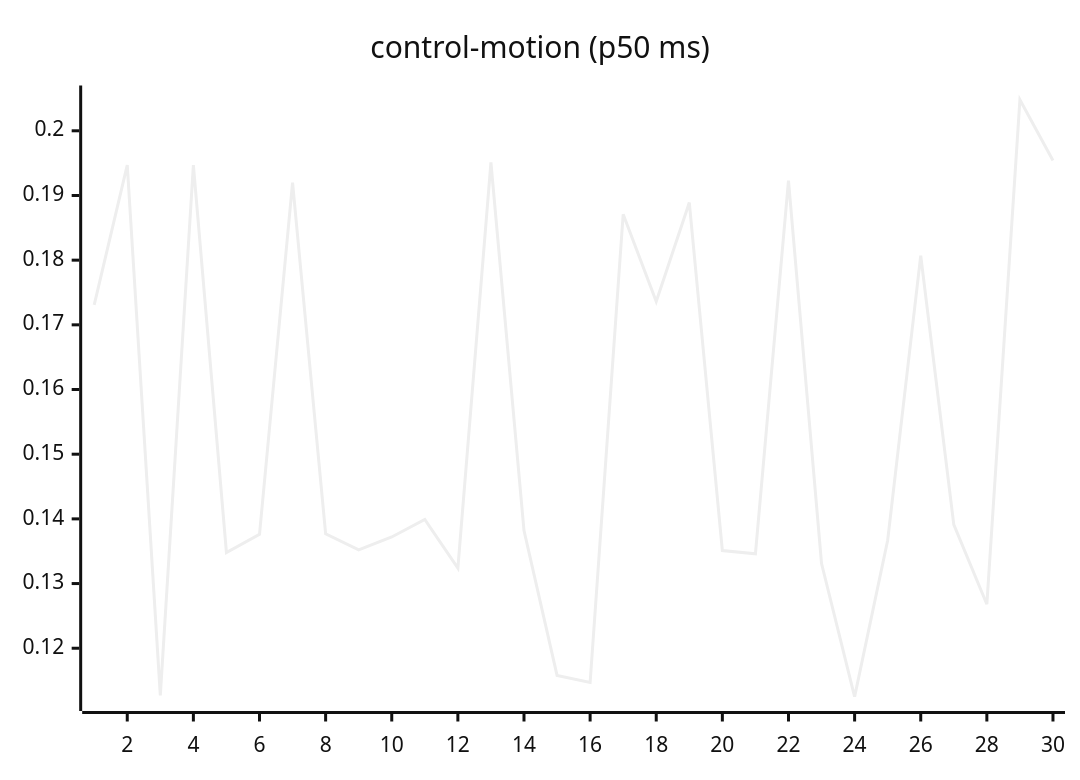
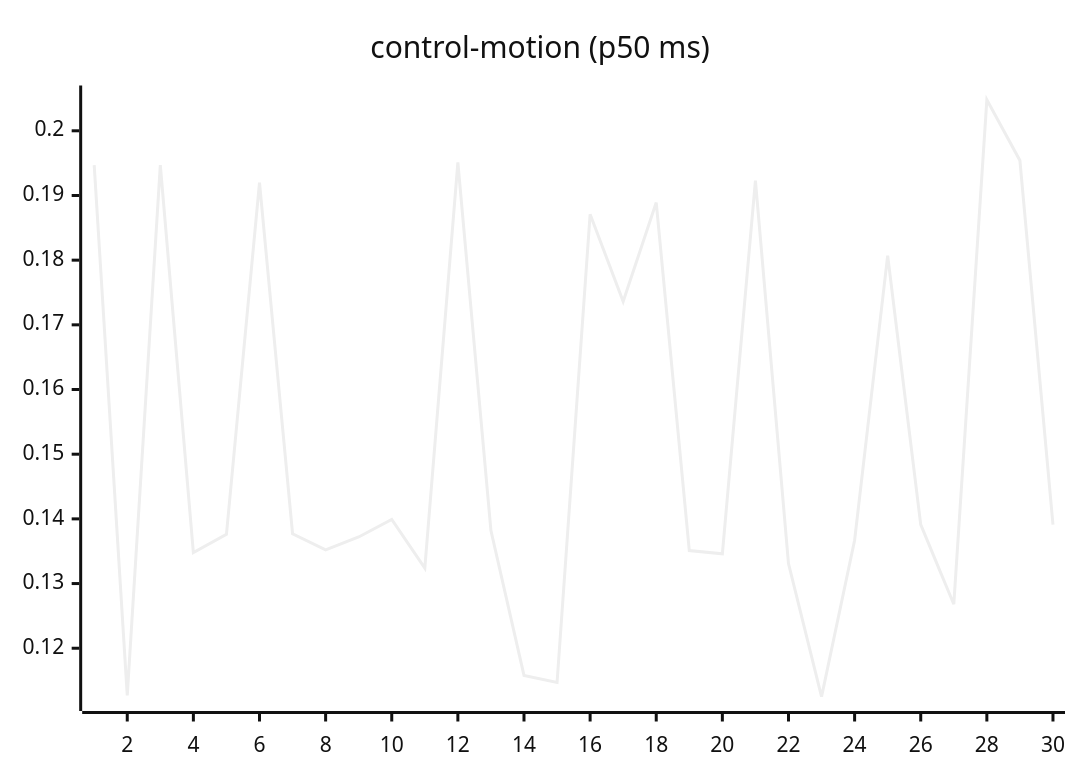
The seventh of 27 diagrams in README.md (josha/Facet), drawn with Mermaid (neutral theme) before and after one commit. The commit also changed other lines of this file and 2 other files, not shown here.

````diff
--- a/README.md
+++ b/README.md
@@ -105,6 +105,6 @@
 ```mermaid
 xychart-beta
     title "control-motion (p50 ms)"
     x-axis 1 --> 30
-    line [0.1731, 0.1947, 0.1127, 0.1947, 0.1348, 0.1376, 0.1920, 0.1377, 0.1352, 0.1372, 0.1399, 0.1324, 0.1951, 0.1382, 0.1158, 0.1147, 0.1871, 0.1736, 0.1889, 0.1351, 0.1346, 0.1923, 0.1331, 0.1125, 0.1367, 0.1807, 0.1391, 0.1268, 0.2048, 0.1954]
+    line [0.1947, 0.1127, 0.1947, 0.1348, 0.1376, 0.1920, 0.1377, 0.1352, 0.1372, 0.1399, 0.1324, 0.1951, 0.1382, 0.1158, 0.1147, 0.1871, 0.1736, 0.1889, 0.1351, 0.1346, 0.1923, 0.1331, 0.1125, 0.1367, 0.1807, 0.1391, 0.1268, 0.2048, 0.1954, 0.1391]
 ```
````
